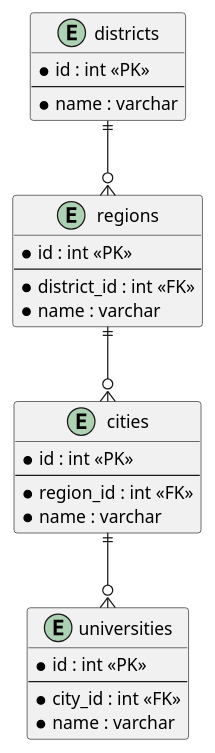
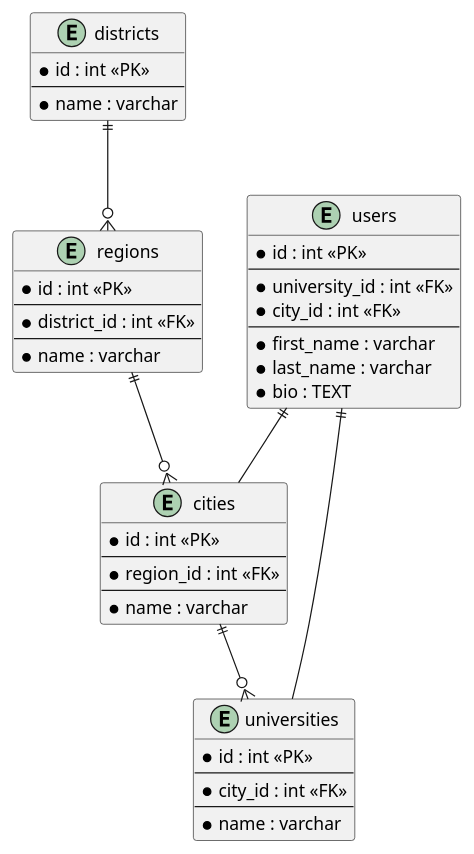
Before and after one commit to TechnoDamo/StudentLocator: the diagram in db/ERD.puml, drawn with PlantUML. The commit also changed 4 other files, not shown here.

```diff
--- a/db/ERD.puml
+++ b/db/ERD.puml
@@ -1,35 +1,50 @@
 @startuml
 
 entity "districts" {
   * id : int <<PK>>
   --
   * name : varchar
 }
 
 entity "regions" {
   * id : int <<PK>>
   --
   * district_id : int <<FK>>
+  --
   * name : varchar
 }
 
 entity "cities" {
   * id : int <<PK>>
   --
   * region_id : int <<FK>>
+  --
   * name : varchar
 }
 
 entity "universities" {
   * id : int <<PK>>
   --
   * city_id : int <<FK>>
+  --
   * name : varchar
 }
 
-' Relationships
+entity "users" {
+    * id : int <<PK>>
+    --
+    * university_id : int <<FK>>
+    * city_id : int <<FK>>
+    --
+    * first_name : varchar
+    * last_name : varchar
+    * bio : TEXT
+}
+
 districts ||--o{ regions 
 regions ||--o{ cities  
 cities   ||--o{ universities 
+users ||-- universities 
+users ||-- cities 
 
 @enduml
```
